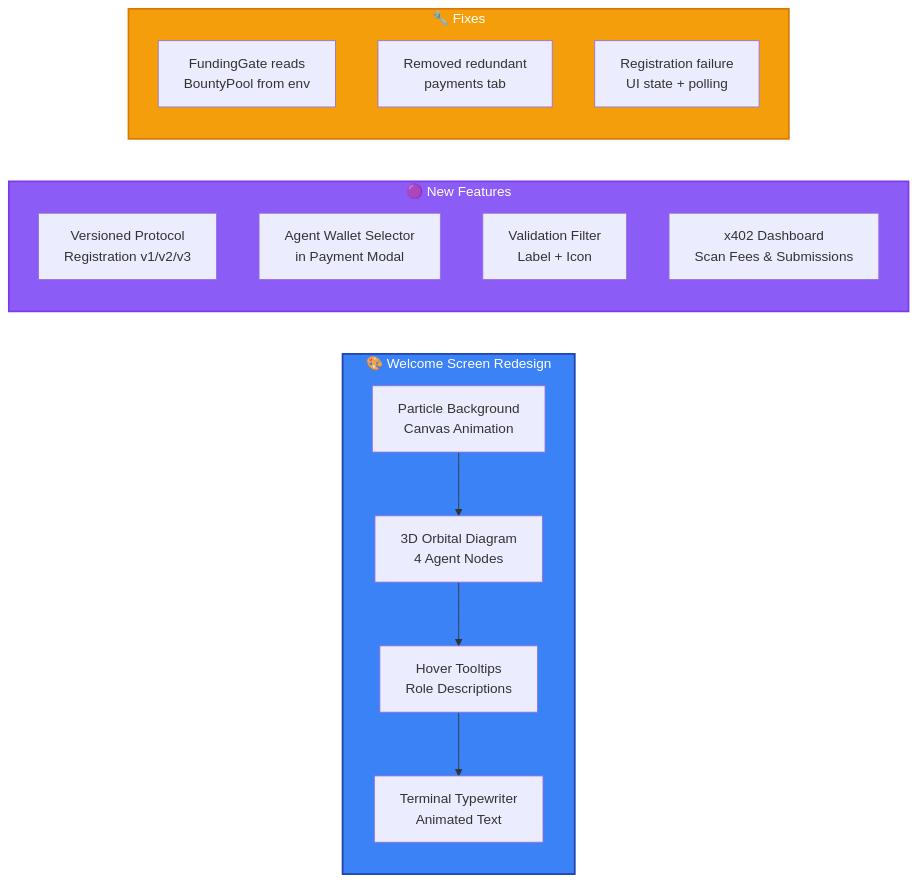
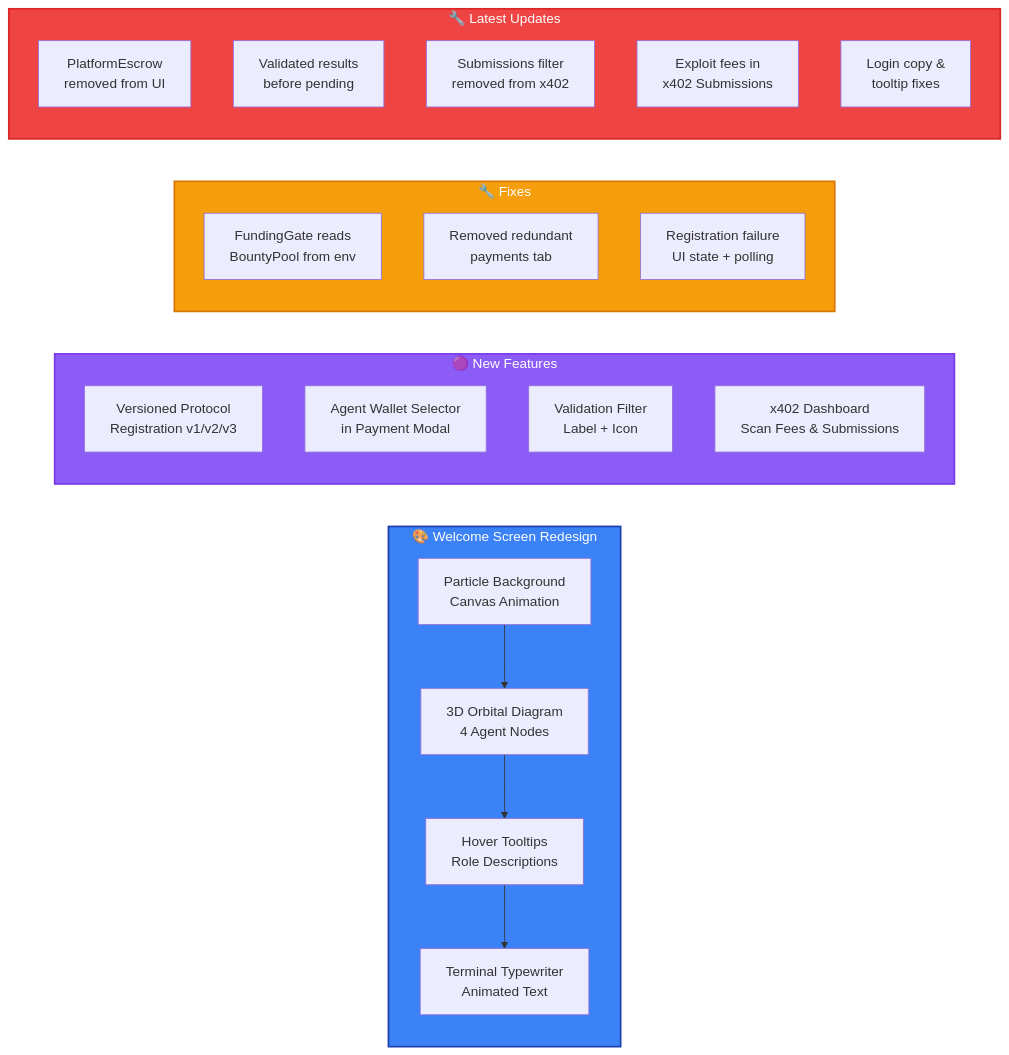
Before and after one commit to jul1angr1s/AI_Bug_Bountry_App: the first of 2 diagrams in frontend/README.md, drawn with Mermaid. The commit also changed other lines of this file and 2 other files, not shown here.

First line of the commit message:
docs: update all READMEs with live example, hardening achievements, and stale fixes

````diff
--- a/frontend/README.md
+++ b/frontend/README.md
@@ -31,27 +31,36 @@
 ```mermaid
 graph LR
     subgraph Welcome["🎨 Welcome Screen Redesign"]
         W1[Particle Background<br/>Canvas Animation]
         W2[3D Orbital Diagram<br/>4 Agent Nodes]
         W3[Hover Tooltips<br/>Role Descriptions]
         W4[Terminal Typewriter<br/>Animated Text]
         W1 --> W2 --> W3 --> W4
     end
 
     subgraph Features["🟣 New Features"]
         F1[Versioned Protocol<br/>Registration v1/v2/v3]
         F2[Agent Wallet Selector<br/>in Payment Modal]
         F3[Validation Filter<br/>Label + Icon]
         F4[x402 Dashboard<br/>Scan Fees & Submissions]
     end
 
     subgraph Fixes["🔧 Fixes"]
         FX1[FundingGate reads<br/>BountyPool from env]
         FX2[Removed redundant<br/>payments tab]
         FX3[Registration failure<br/>UI state + polling]
     end
 
+    subgraph Latest["🔧 Latest Updates"]
+        L1[PlatformEscrow<br/>removed from UI]
+        L2[Validated results<br/>before pending]
+        L3[Submissions filter<br/>removed from x402]
+        L4[Exploit fees in<br/>x402 Submissions]
+        L5[Login copy &<br/>tooltip fixes]
+    end
+
     style Welcome fill:#3B82F6,stroke:#1E40AF,stroke-width:2px,color:#fff
     style Features fill:#8B5CF6,stroke:#7C3AED,stroke-width:2px,color:#fff
     style Fixes fill:#F59E0B,stroke:#D97706,stroke-width:2px,color:#fff
+    style Latest fill:#EF4444,stroke:#DC2626,stroke-width:2px,color:#fff
 ```
````
